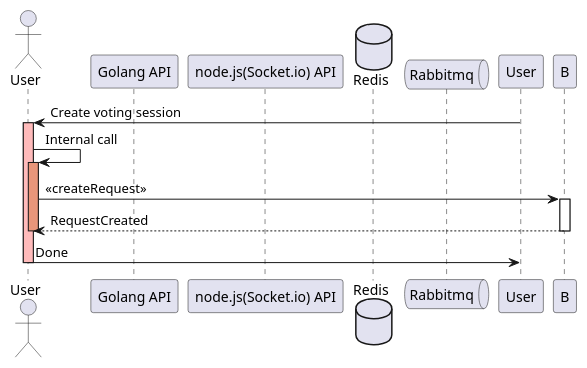
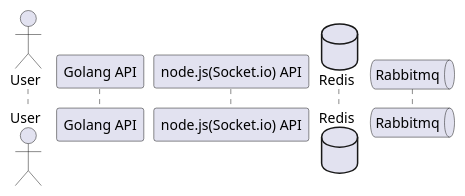
The diagram in docs/sequence.plantuml (MarcolinoProjects/Voting-app_Main), drawn with PlantUML before and after one commit. The commit also changed 2 other files, not shown here.

```diff
--- a/docs/sequence.plantuml
+++ b/docs/sequence.plantuml
@@ -1,22 +1,9 @@
 @startuml
 actor User as A
 participant "Golang API"
 participant "node.js(Socket.io) API"
 database Redis
 queue Rabbitmq
-User -> A: Create voting session
-activate A #FFBBBB
 
-A -> A: Internal call
-activate A #DarkSalmon
-
-A -> B: << createRequest >>
-activate B
-
-B --> A: RequestCreated
-deactivate B
-deactivate A
-A -> User: Done
-deactivate A
 
 @enduml
```
